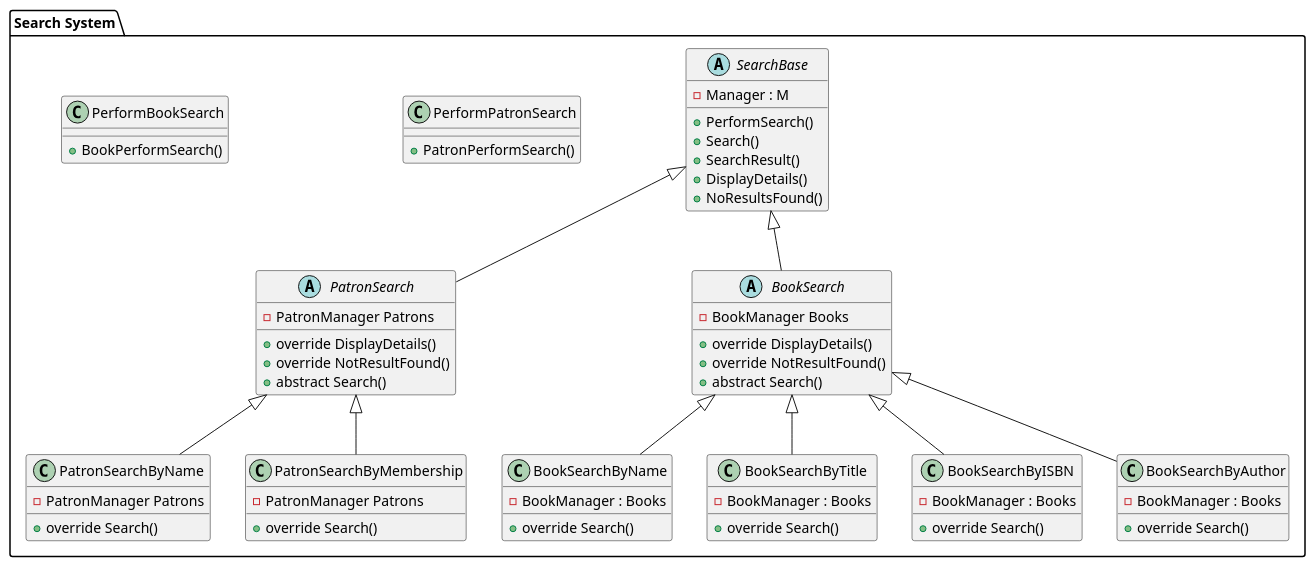
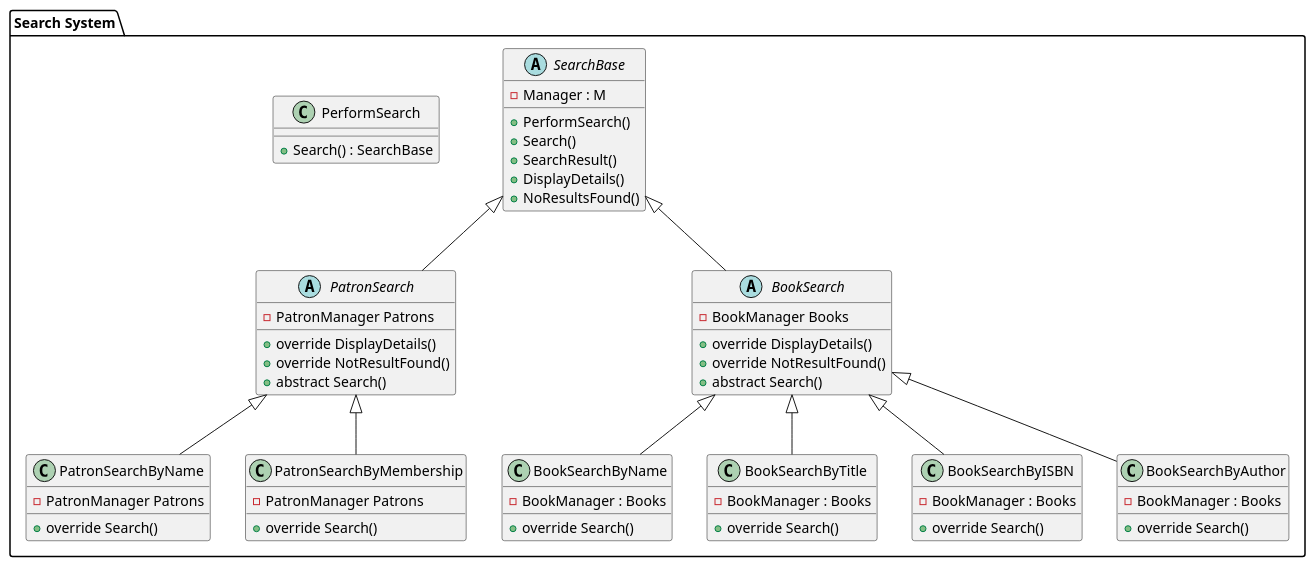
The diagram in UML-Diagram/SearchSystem.puml (programacion-6/Opcion1CanelitaTeam), drawn with PlantUML before and after one commit. The commit also changed 1 other file, not shown here.

```diff
--- a/UML-Diagram/SearchSystem.puml
+++ b/UML-Diagram/SearchSystem.puml
@@ -1,70 +1,66 @@
 @startuml SearchSystem
 package "Search System" {
 
     ' Define abstract classes
 
     abstract class SearchBase {
 
         - Manager : M
         + PerformSearch()
         + Search()
         + SearchResult()
         + DisplayDetails()
         + NoResultsFound()
 
     }
 
     abstract class PatronSearch extends SearchBase {
         - PatronManager Patrons
         + override DisplayDetails()
         + override NotResultFound()
         + abstract Search()
     }
 
     abstract class BookSearch extends SearchBase {
         - BookManager Books
         + override DisplayDetails()
         + override NotResultFound()
         + abstract Search()
     }
     
     ' Define main classes
     class PatronSearchByName extends PatronSearch{
         - PatronManager Patrons
         + override Search()
     }
 
     class PatronSearchByMembership extends PatronSearch{
         - PatronManager Patrons
         + override Search()
     }
 
     class BookSearchByName extends BookSearch {
         - BookManager : Books
         + override Search()
     }
 
     class BookSearchByTitle extends BookSearch {
         - BookManager : Books
         + override Search()
     }
 
     class BookSearchByISBN extends BookSearch {
         - BookManager : Books
         + override Search()
     }
     
     class BookSearchByAuthor extends BookSearch {
         - BookManager : Books
         + override Search()
     }
 
-    class PerformPatronSearch {
-        + PatronPerformSearch() 
-    }
-
-     class PerformBookSearch {
-        + BookPerformSearch() 
+    class PerformSearch{
+        + Search() : SearchBase
     }
 }
 @enduml 
```
